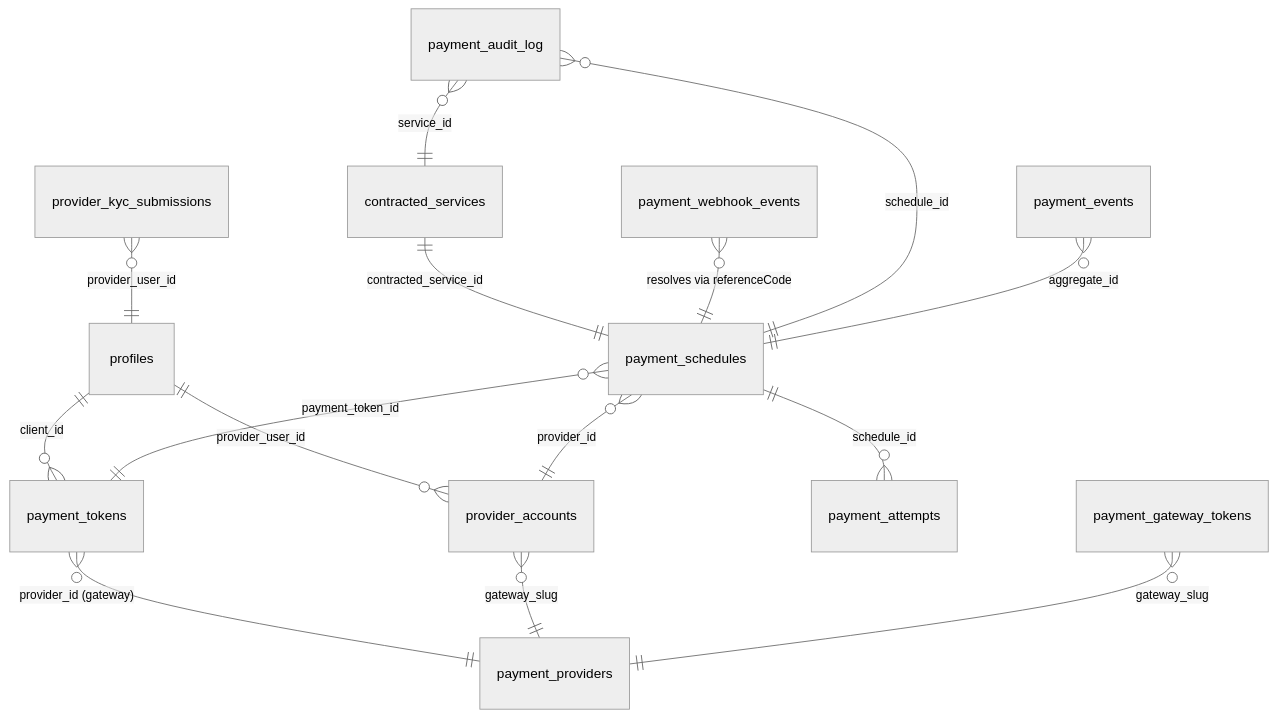
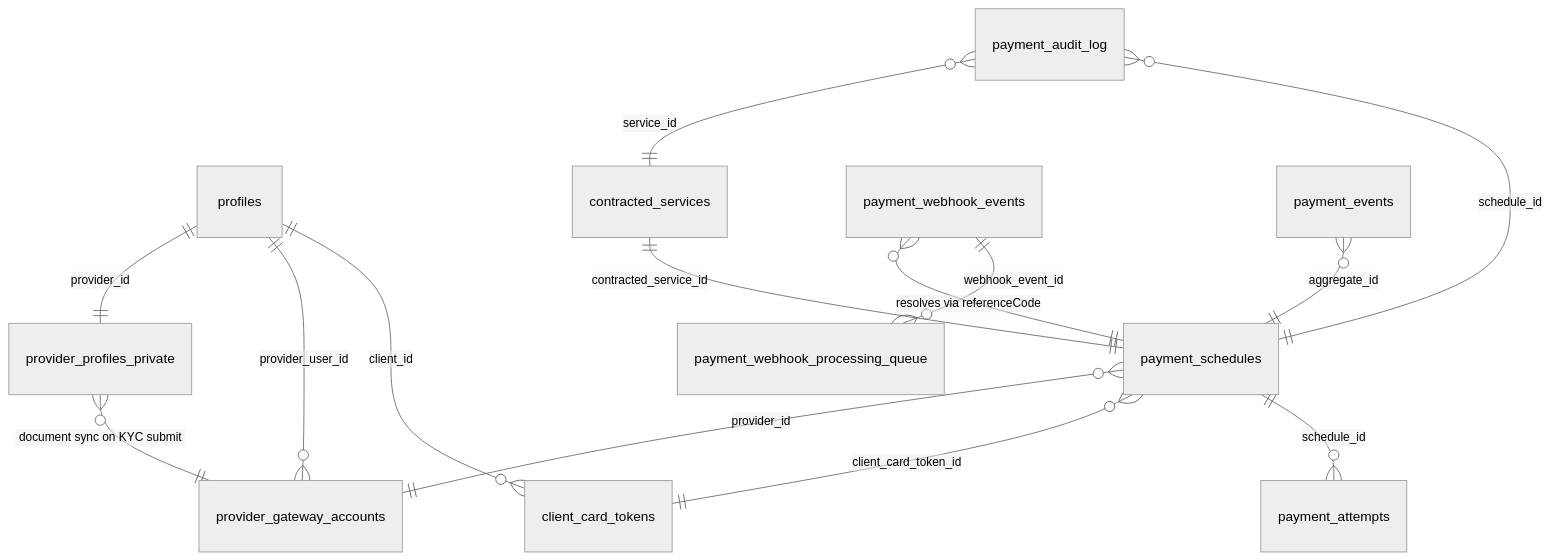
One commit to higorpo/renovi-orbit-test changed the third of 18 diagrams in docs/payment-system/design.md. Above: the diagram before and after it, drawn with Mermaid (neutral theme). The commit also changed other lines of this file and 4 other files, not shown here.

````diff
--- a/docs/payment-system/design.md
+++ b/docs/payment-system/design.md
@@ -129,17 +272,16 @@
 ```mermaid
 erDiagram
-    profiles ||--o{ payment_tokens : "client_id"
-    profiles ||--o{ provider_accounts : "provider_user_id"
+    profiles ||--o{ client_card_tokens : "client_id"
+    profiles ||--o{ provider_gateway_accounts : "provider_user_id"
     contracted_services ||--|| payment_schedules : "contracted_service_id"
     payment_schedules ||--o{ payment_attempts : "schedule_id"
-    payment_schedules }o--|| payment_tokens : "payment_token_id"
-    payment_schedules }o--|| provider_accounts : "provider_id"
-    payment_tokens }o--|| payment_providers : "provider_id (gateway)"
-    provider_accounts }o--|| payment_providers : "gateway_slug"
-    payment_gateway_tokens }o--|| payment_providers : "gateway_slug"
+    payment_schedules }o--|| client_card_tokens : "client_card_token_id"
+    payment_schedules }o--|| provider_gateway_accounts : "provider_id"
+    payment_webhook_events ||--o{ payment_webhook_processing_queue : "webhook_event_id"
     payment_webhook_events }o--|| payment_schedules : "resolves via referenceCode"
     payment_audit_log }o--|| payment_schedules : "schedule_id"
     payment_audit_log }o--|| contracted_services : "service_id"
     payment_events }o--|| payment_schedules : "aggregate_id"
-    provider_kyc_submissions }o--|| profiles : "provider_user_id"
+    profiles ||--|| provider_profiles_private : "provider_id"
+    provider_profiles_private }o--|| provider_gateway_accounts : "document sync on KYC submit"
 ```
````
